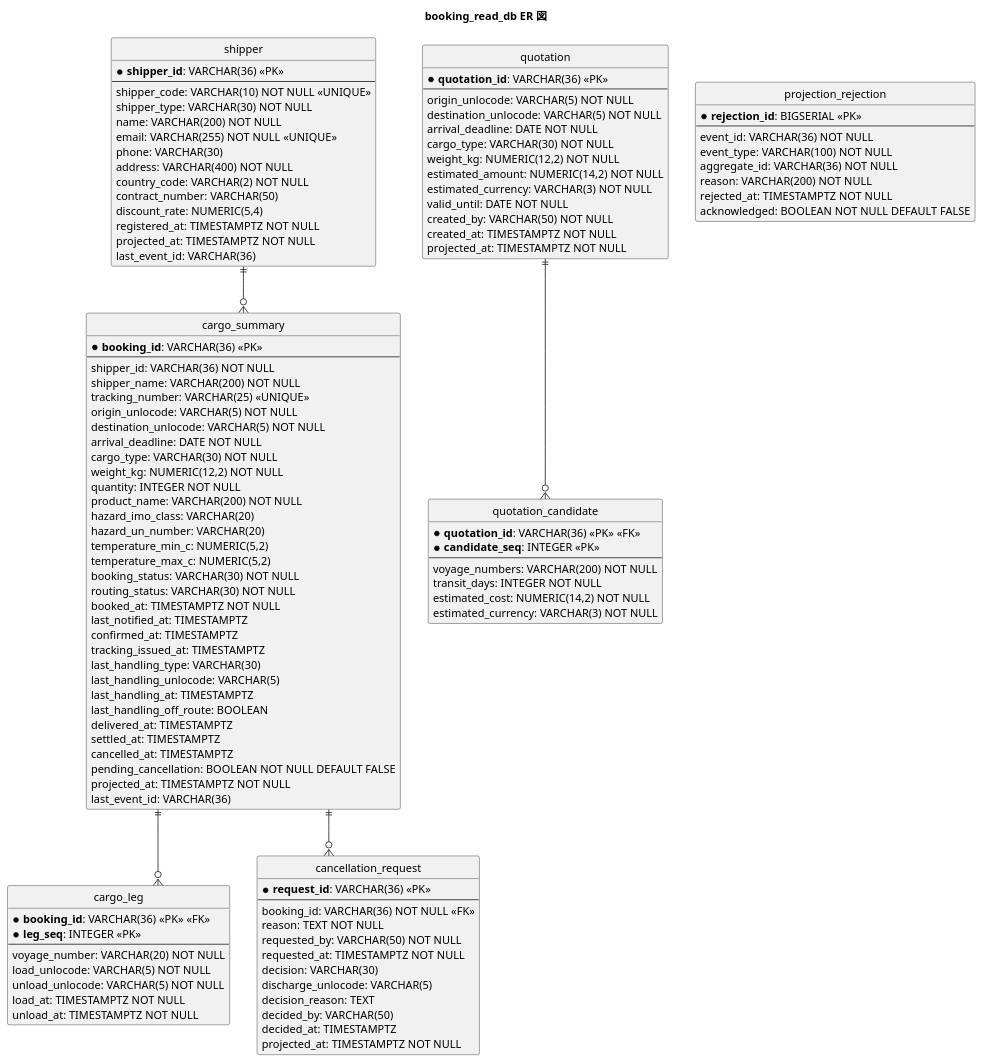
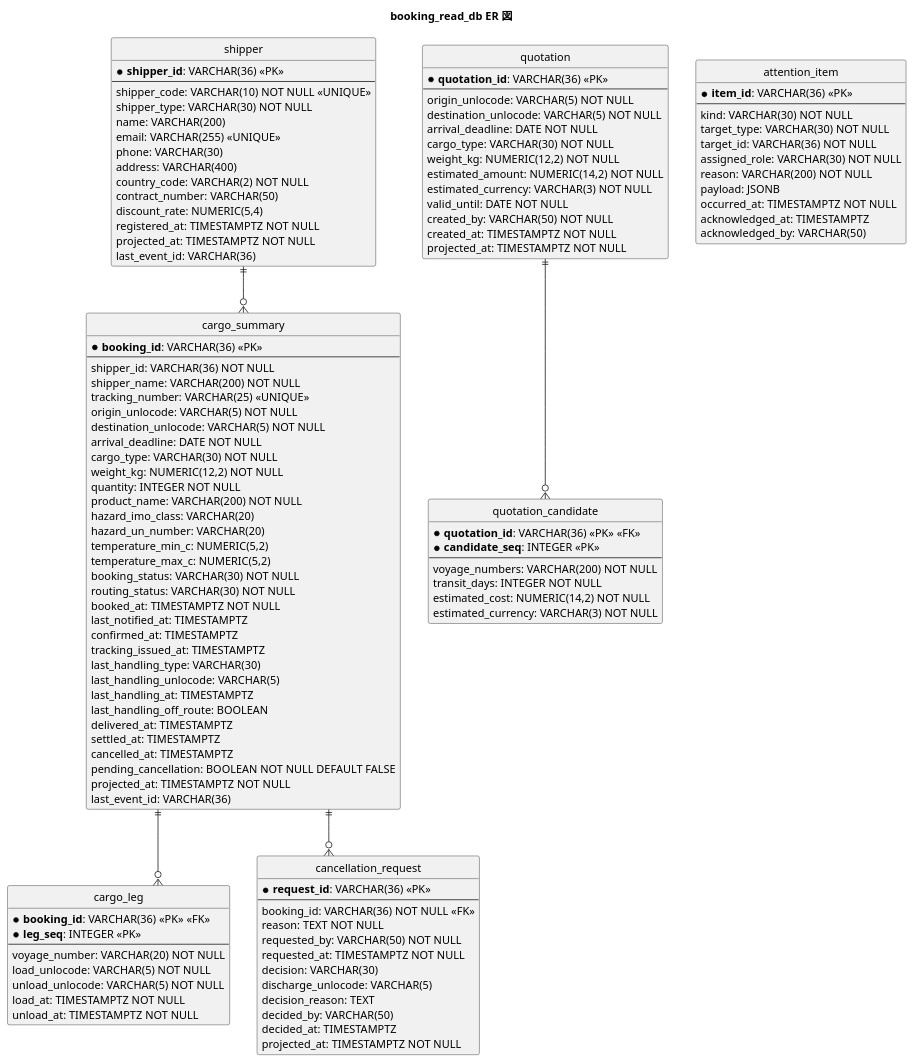
The fourth of 9 diagrams in docs/design/cargo-tracker/data-model.md (k2works/case-study-cargo-tracker), drawn with PlantUML before and after one commit. The commit also changed other lines of this file and 18 other files, not shown here.

```diff
--- a/docs/design/cargo-tracker/data-model.md
+++ b/docs/design/cargo-tracker/data-model.md
@@ -250,10 +252,10 @@
   --
   shipper_code: VARCHAR(10) NOT NULL <<UNIQUE>>
   shipper_type: VARCHAR(30) NOT NULL
-  name: VARCHAR(200) NOT NULL
-  email: VARCHAR(255) NOT NULL <<UNIQUE>>
+  name: VARCHAR(200)
+  email: VARCHAR(255) <<UNIQUE>>
   phone: VARCHAR(30)
-  address: VARCHAR(400) NOT NULL
+  address: VARCHAR(400)
   country_code: VARCHAR(2) NOT NULL
   contract_number: VARCHAR(50)
   discount_rate: NUMERIC(5,4)
@@ -349,15 +351,18 @@
   estimated_currency: VARCHAR(3) NOT NULL
 }
 
-entity "projection_rejection" as rej {
-  * **rejection_id**: BIGSERIAL <<PK>>
+entity "attention_item" as att {
+  * **item_id**: VARCHAR(36) <<PK>>
   --
-  event_id: VARCHAR(36) NOT NULL
-  event_type: VARCHAR(100) NOT NULL
-  aggregate_id: VARCHAR(36) NOT NULL
+  kind: VARCHAR(30) NOT NULL
+  target_type: VARCHAR(30) NOT NULL
+  target_id: VARCHAR(36) NOT NULL
+  assigned_role: VARCHAR(30) NOT NULL
   reason: VARCHAR(200) NOT NULL
-  rejected_at: TIMESTAMPTZ NOT NULL
-  acknowledged: BOOLEAN NOT NULL DEFAULT FALSE
+  payload: JSONB
+  occurred_at: TIMESTAMPTZ NOT NULL
+  acknowledged_at: TIMESTAMPTZ
+  acknowledged_by: VARCHAR(50)
 }
 
 shipper ||--o{ cargo
```
